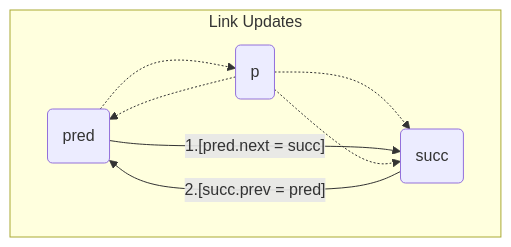
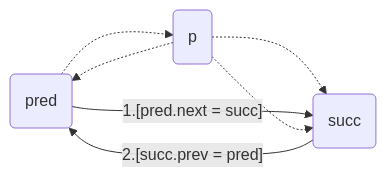
One commit to ruslylove/datastruct changed the sixth of 10 diagrams in lectures/lect-7-Lists.md. Above: the diagram before and after it, drawn with Mermaid. The commit also changed other lines of this file, not shown here.

````diff
--- a/lectures/lect-7-Lists.md
+++ b/lectures/lect-7-Lists.md
@@ -517,24 +548,15 @@
 ```mermaid
-graph TD
-
-
-    subgraph "Link Updates"
+graph LR
         direction LR
         pred1("pred")
         p1("p")
         succ1("succ")
 
         pred1 -.-> p1
         p1 -.-> succ1
 
         pred1 -- "1.[pred.next = succ]" --> succ1
         p1 -.-> succ1
         p1 -.-> pred1
         succ1 -- "2.[succ.prev = pred]" --> pred1
-
-        
-
-
-        
-    end
 ```
````
